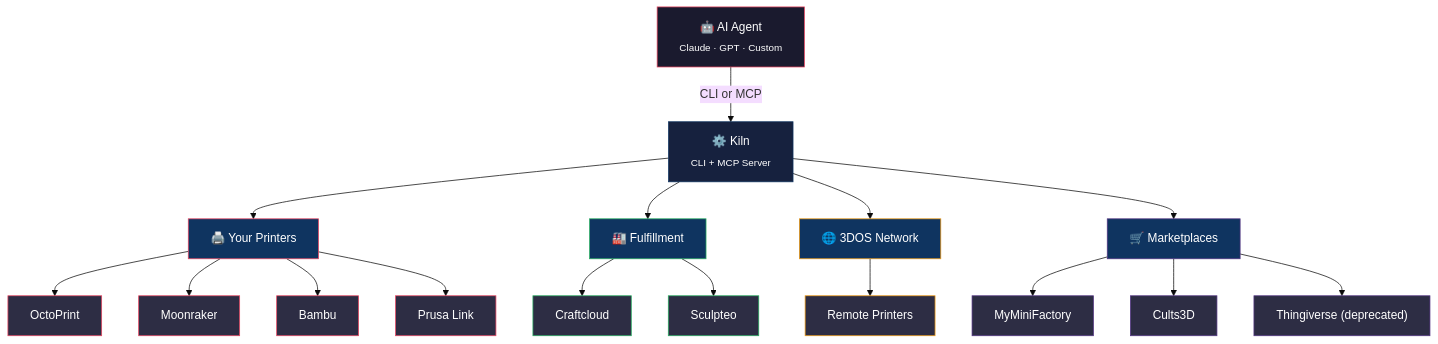
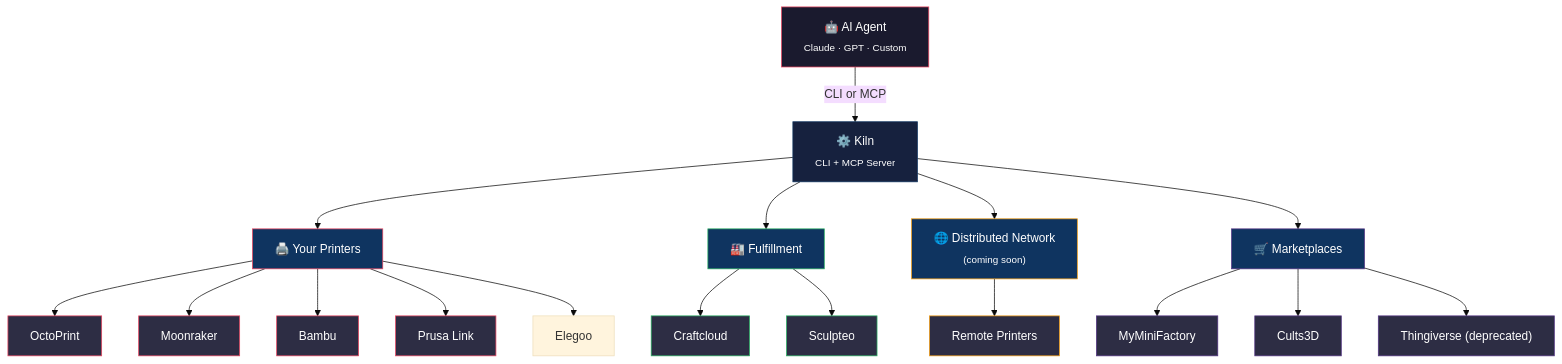
One commit to codeofaxel/Kiln changed the diagram in README.md. Above: the diagram before and after it, drawn with Mermaid (base theme). The commit also changed other lines of this file and 13 other files, not shown here.

````diff
--- a/README.md
+++ b/README.md
@@ -44,41 +44,42 @@
 ```mermaid
 graph TD
     A["🤖 AI Agent<br/><sub>Claude · GPT · Custom</sub>"]
     A -->|"CLI or MCP"| B["⚙️ Kiln<br/><sub>CLI + MCP Server</sub>"]
 
     B --> C["🖨️ Your Printers"]
     B --> F["🏭 Fulfillment"]
-    B --> N["🌐 3DOS Network"]
+    B --> N["🌐 Distributed Network<br/><sub>(coming soon)</sub>"]
     B --> D["🛒 Marketplaces"]
 
     C --> E1["OctoPrint"]
     C --> E2["Moonraker"]
     C --> E3["Bambu"]
     C --> E4["Prusa Link"]
+    C --> E5["Elegoo"]
 
     F --> F1["Craftcloud"]
     F --> F2["Sculpteo"]
 
     N --> N1["Remote Printers"]
 
     D --> I["MyMiniFactory"]
     D --> J["Cults3D"]
     D --> H["Thingiverse (deprecated)"]
 
     style A fill:#1a1a2e,stroke:#e94560,color:#fff
     style B fill:#16213e,stroke:#0f3460,color:#fff
     style C fill:#0f3460,stroke:#e94560,color:#fff
     style F fill:#0f3460,stroke:#27ae60,color:#fff
     style N fill:#0f3460,stroke:#f39c12,color:#fff
     style D fill:#0f3460,stroke:#533483,color:#fff
     style E1 fill:#2d2d44,stroke:#e94560,color:#fff
     style E2 fill:#2d2d44,stroke:#e94560,color:#fff
     style E3 fill:#2d2d44,stroke:#e94560,color:#fff
     style E4 fill:#2d2d44,stroke:#e94560,color:#fff
     style F1 fill:#2d2d44,stroke:#27ae60,color:#fff
     style F2 fill:#2d2d44,stroke:#27ae60,color:#fff
     style N1 fill:#2d2d44,stroke:#f39c12,color:#fff
     style H fill:#2d2d44,stroke:#533483,color:#fff
     style I fill:#2d2d44,stroke:#533483,color:#fff
     style J fill:#2d2d44,stroke:#533483,color:#fff
 ```
````
